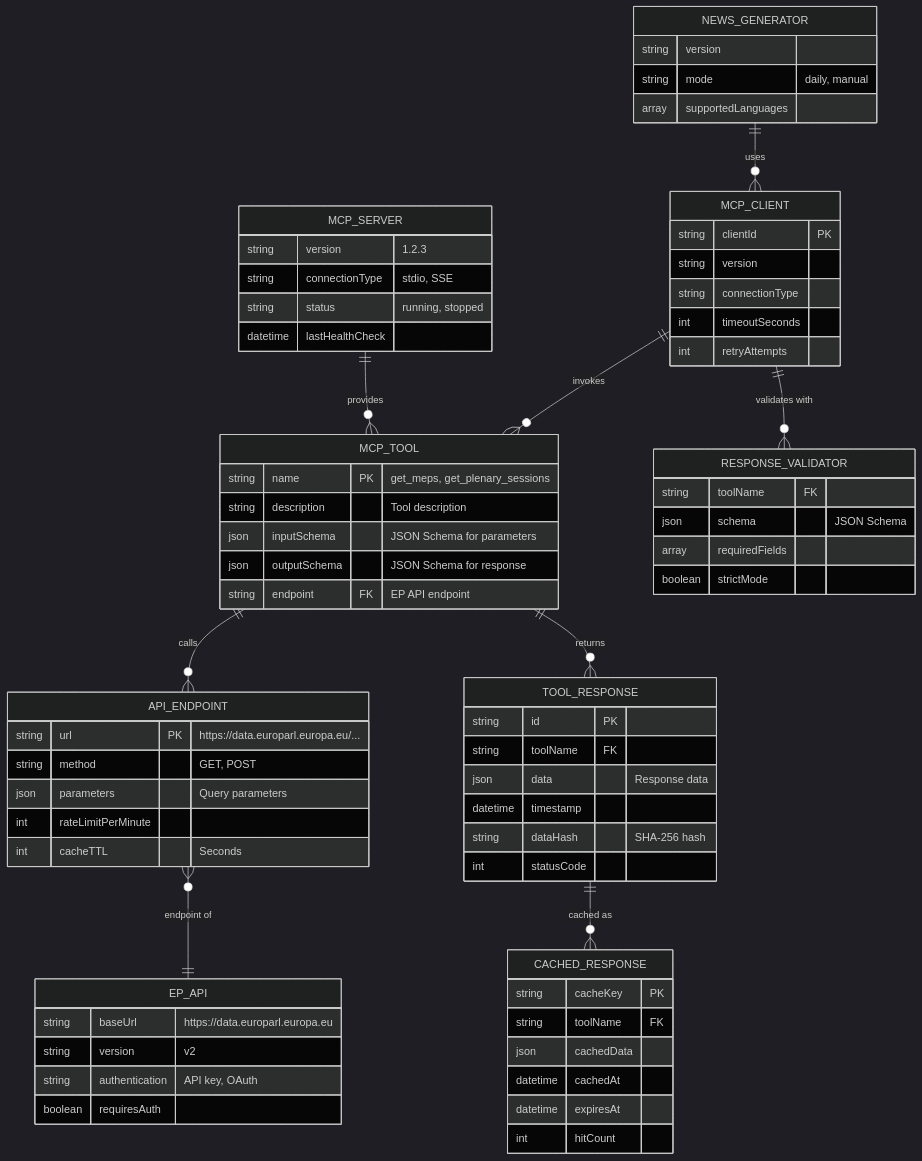
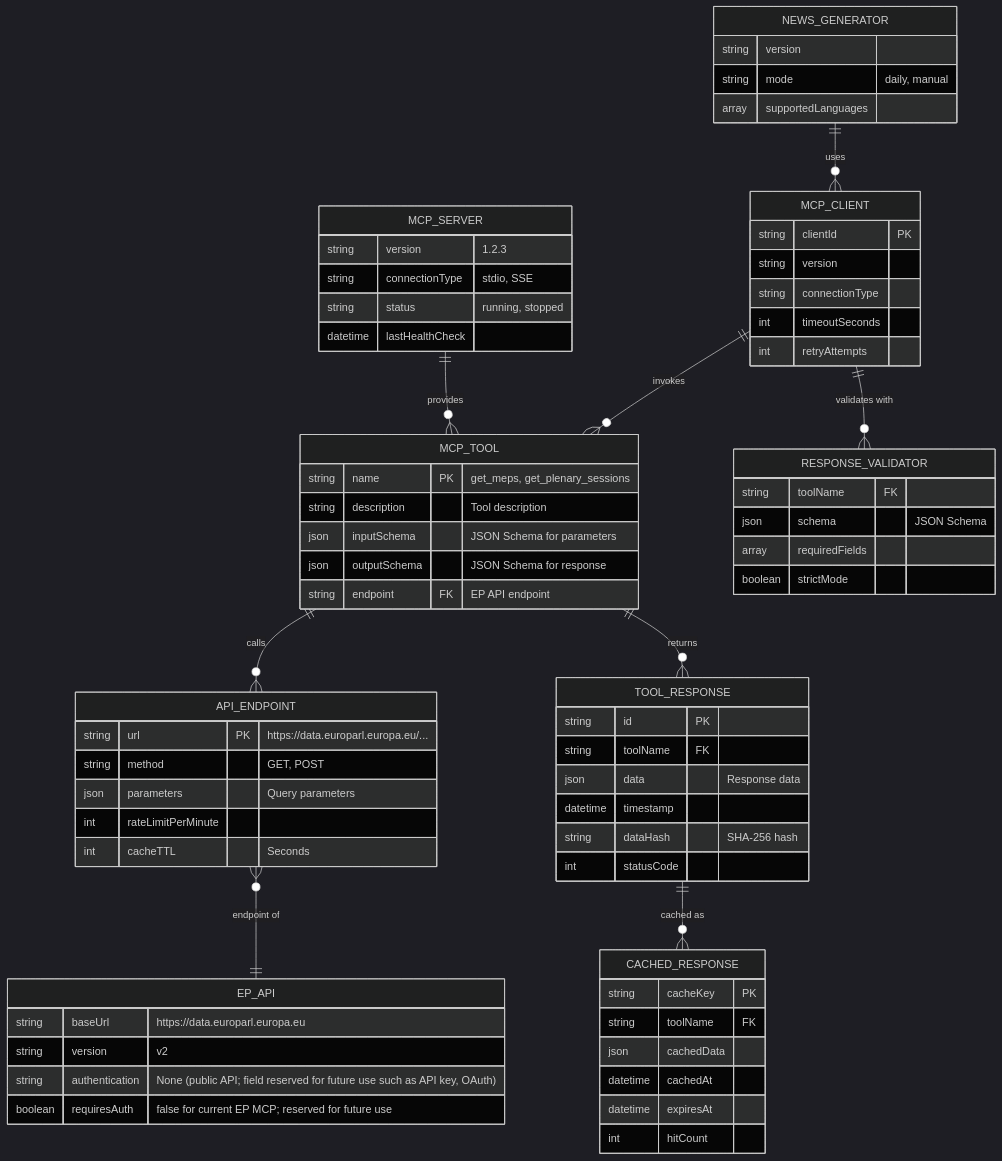
The third of 9 diagrams in DATA_MODEL.md (Hack23/euparliamentmonitor), drawn with Mermaid (dark theme) before and after one commit. The commit also changed other lines of this file, not shown here.

````diff
--- a/DATA_MODEL.md
+++ b/DATA_MODEL.md
@@ -667,81 +667,81 @@
 ```mermaid
 erDiagram
     MCP_SERVER ||--o{ MCP_TOOL : "provides"
     MCP_TOOL ||--o{ API_ENDPOINT : "calls"
     API_ENDPOINT }o--|| EP_API : "endpoint of"
     MCP_TOOL ||--o{ TOOL_RESPONSE : "returns"
     TOOL_RESPONSE ||--o{ CACHED_RESPONSE : "cached as"
 
     NEWS_GENERATOR ||--o{ MCP_CLIENT : "uses"
     MCP_CLIENT ||--o{ MCP_TOOL : "invokes"
     MCP_CLIENT ||--o{ RESPONSE_VALIDATOR : "validates with"
 
     MCP_SERVER {
         string version "1.2.3"
         string connectionType "stdio, SSE"
         string status "running, stopped"
         datetime lastHealthCheck
     }
 
     MCP_TOOL {
         string name PK "get_meps, get_plenary_sessions"
         string description "Tool description"
         json inputSchema "JSON Schema for parameters"
         json outputSchema "JSON Schema for response"
         string endpoint FK "EP API endpoint"
     }
 
     API_ENDPOINT {
         string url PK "https://data.europarl.europa.eu/..."
         string method "GET, POST"
         json parameters "Query parameters"
         int rateLimitPerMinute
         int cacheTTL "Seconds"
     }
 
     EP_API {
         string baseUrl "https://data.europarl.europa.eu"
         string version "v2"
-        string authentication "API key, OAuth"
-        boolean requiresAuth
+        string authentication "None (public API; field reserved for future use such as API key, OAuth)"
+        boolean requiresAuth "false for current EP MCP; reserved for future use"
     }
 
     TOOL_RESPONSE {
         string id PK
         string toolName FK
         json data "Response data"
         datetime timestamp
         string dataHash "SHA-256 hash"
         int statusCode
     }
 
     CACHED_RESPONSE {
         string cacheKey PK
         string toolName FK
         json cachedData
         datetime cachedAt
         datetime expiresAt
         int hitCount
     }
 
     MCP_CLIENT {
         string clientId PK
         string version
         string connectionType
         int timeoutSeconds
         int retryAttempts
     }
 
     RESPONSE_VALIDATOR {
         string toolName FK
         json schema "JSON Schema"
         array requiredFields
         boolean strictMode
     }
 
     NEWS_GENERATOR {
         string version
         string mode "daily, manual"
         array supportedLanguages
     }
 ```
````
